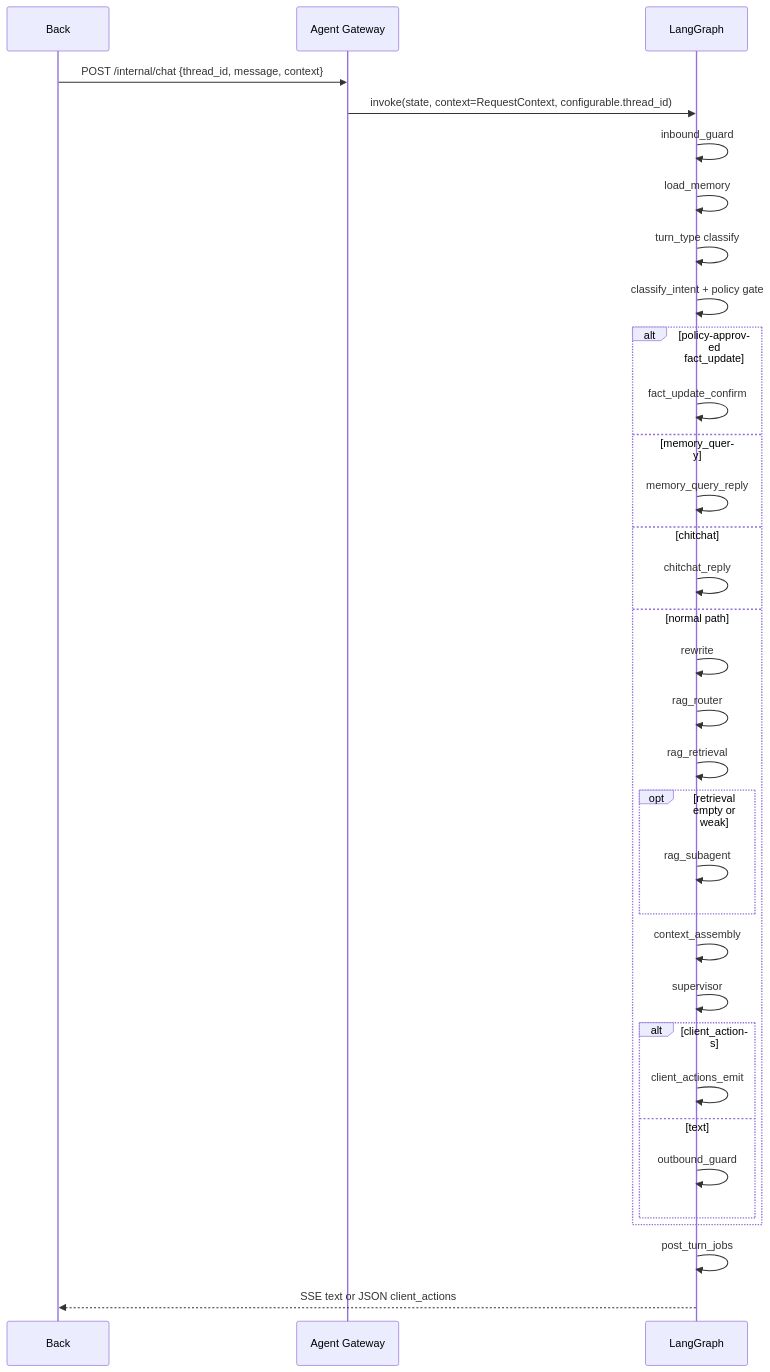
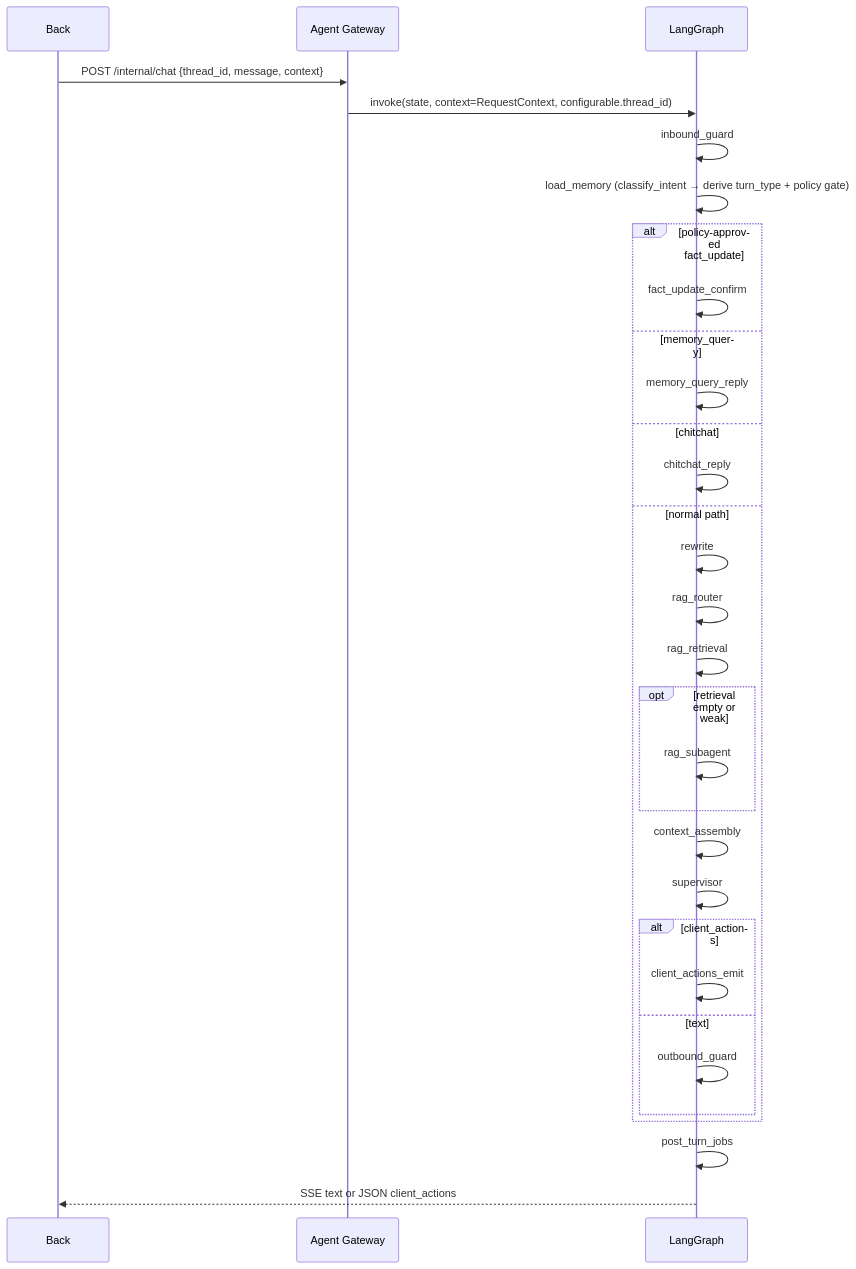
One commit to lrxCn/commonAgent changed the diagram in README.md. Above: the diagram before and after it, drawn with Mermaid. The commit also changed other lines of this file and 7 other files, not shown here.

````diff
--- a/README.md
+++ b/README.md
@@ -121,36 +122,34 @@
 ```mermaid
 sequenceDiagram
   participant Back
   participant GW as Agent Gateway
   participant G as LangGraph
 
   Back->>GW: POST /internal/chat {thread_id, message, context}
   GW->>G: invoke(state, context=RequestContext, configurable.thread_id)
   G->>G: inbound_guard
-  G->>G: load_memory
-  G->>G: turn_type classify
-  G->>G: classify_intent + policy gate
+  G->>G: load_memory (classify_intent → derive turn_type + policy gate)
   alt policy-approved fact_update
     G->>G: fact_update_confirm
   else memory_query
     G->>G: memory_query_reply
   else chitchat
     G->>G: chitchat_reply
   else normal path
     G->>G: rewrite
     G->>G: rag_router
     G->>G: rag_retrieval
     opt retrieval empty or weak
       G->>G: rag_subagent
     end
     G->>G: context_assembly
     G->>G: supervisor
     alt client_actions
       G->>G: client_actions_emit
     else text
       G->>G: outbound_guard
     end
   end
   G->>G: post_turn_jobs
   G-->>Back: SSE text or JSON client_actions
 ```
````
